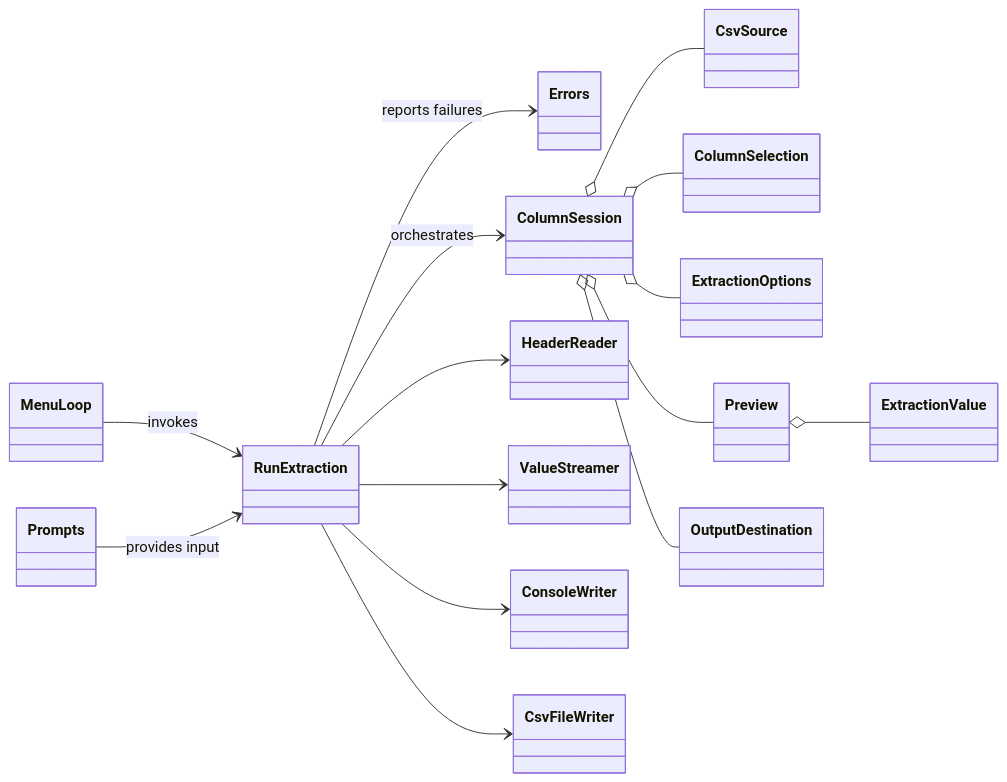
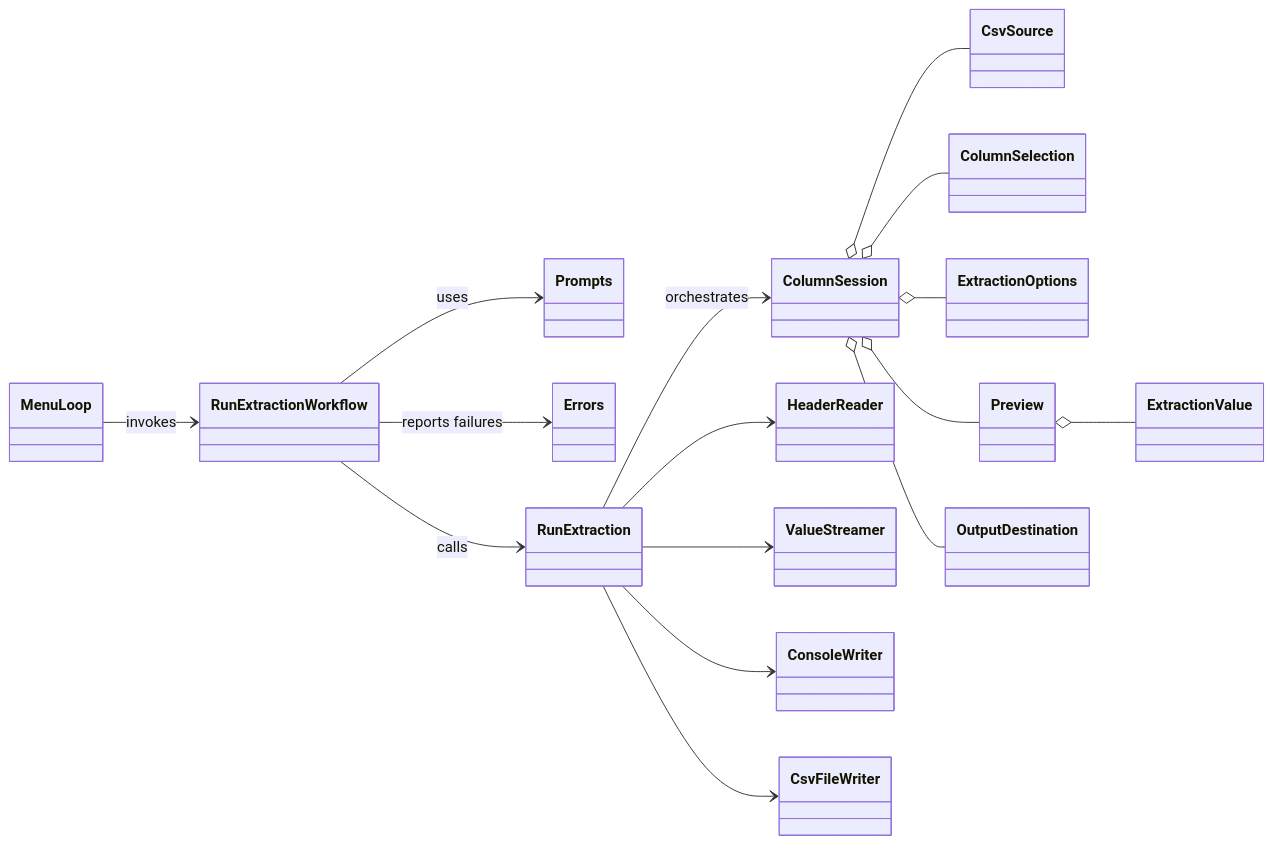
The first of 4 diagrams in docs/architecture.md (RobertAndrewHall/csvops), drawn with Mermaid before and after one commit. The commit also changed other lines of this file and 1 other file, not shown here.

Commit message:
Document standardized CLI workflow boundary across domains

````diff
--- a/docs/architecture.md
+++ b/docs/architecture.md
@@ -51,34 +61,36 @@
 ```mermaid
 classDiagram
   direction LR
   class MenuLoop
+  class RunExtractionWorkflow
   class Prompts
   class Errors
   class RunExtraction
   class ColumnSession
   class CsvSource
   class ColumnSelection
   class ExtractionOptions
   class Preview
   class ExtractionValue
   class OutputDestination
   class HeaderReader
   class ValueStreamer
   class ConsoleWriter
   class CsvFileWriter
 
-  MenuLoop --> RunExtraction : invokes
-  Prompts --> RunExtraction : provides input
-  RunExtraction --> Errors : reports failures
+  MenuLoop --> RunExtractionWorkflow : invokes
+  RunExtractionWorkflow --> Prompts : uses
+  RunExtractionWorkflow --> Errors : reports failures
+  RunExtractionWorkflow --> RunExtraction : calls
   RunExtraction --> ColumnSession : orchestrates
   ColumnSession o-- CsvSource
   ColumnSession o-- ColumnSelection
   ColumnSession o-- ExtractionOptions
   ColumnSession o-- Preview
   Preview o-- ExtractionValue
   ColumnSession o-- OutputDestination
   RunExtraction --> HeaderReader
   RunExtraction --> ValueStreamer
   RunExtraction --> ConsoleWriter
   RunExtraction --> CsvFileWriter
 ```
````
